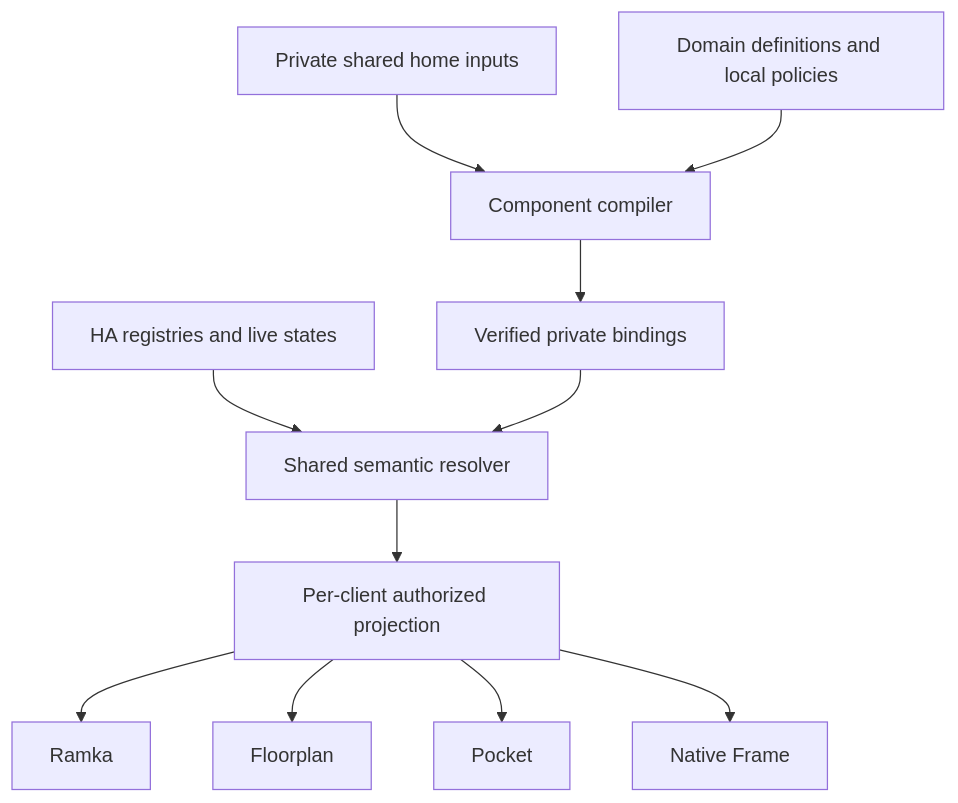
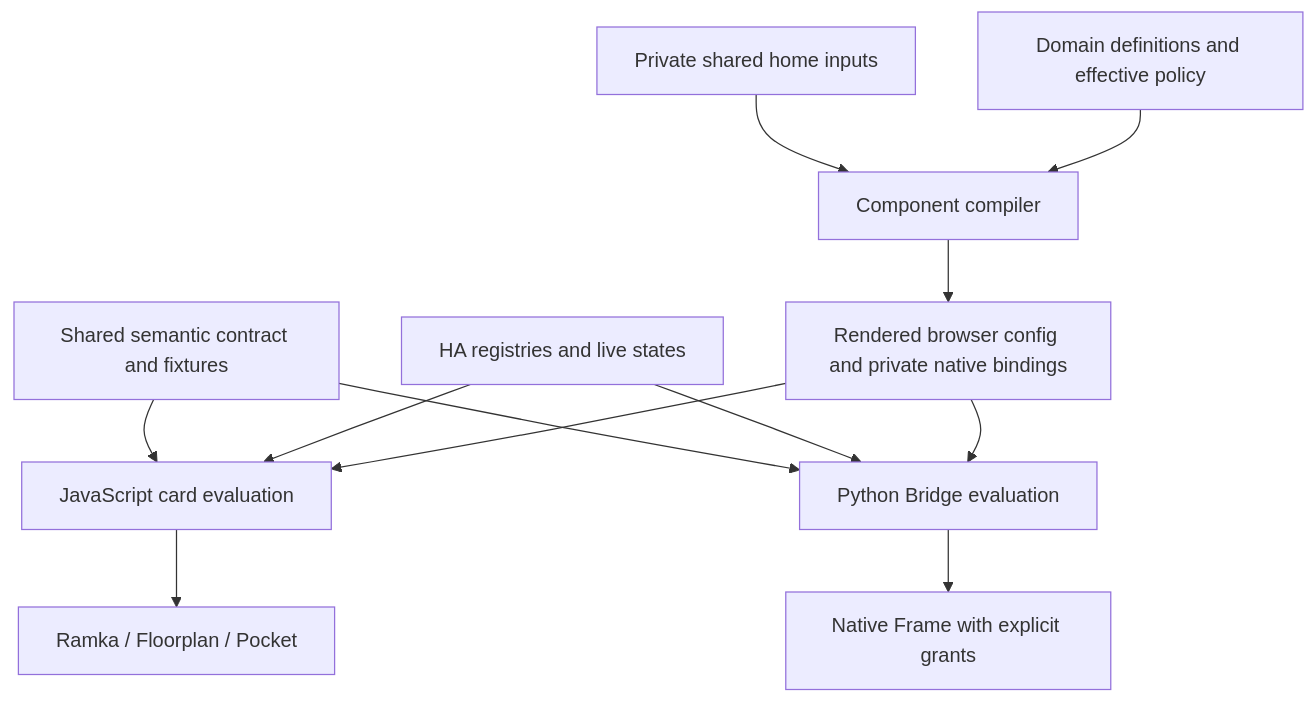
The diagram in docs/superpowers/specs/2026-11-05-shared-home-component-metadata.md (zerostorypoints/domosenso), drawn with Mermaid before and after one commit. The commit also changed other lines of this file and 3 other files, not shown here.

````diff
--- a/docs/superpowers/specs/2026-11-05-shared-home-component-metadata.md
+++ b/docs/superpowers/specs/2026-11-05-shared-home-component-metadata.md
@@ -178,13 +215,14 @@
 ```mermaid
 flowchart TD
     H[Private shared home inputs] --> C[Component compiler]
-    D[Domain definitions and local policies] --> C
-    C --> B[Verified private bindings]
-    R[HA registries and live states] --> S[Shared semantic resolver]
-    B --> S
-    S --> P[Per-client authorized projection]
-    P --> K[Ramka]
-    P --> F[Floorplan]
-    P --> O[Pocket]
-    P --> N[Native Frame]
+    D[Domain definitions and effective policy] --> C
+    C --> B[Rendered browser config and private native bindings]
+    T[Shared semantic contract and fixtures] --> J[JavaScript card evaluation]
+    T --> P[Python Bridge evaluation]
+    R[HA registries and live states] --> J
+    R --> P
+    B --> J
+    B --> P
+    J --> K[Ramka / Floorplan / Pocket]
+    P --> N[Native Frame with explicit grants]
 ```
````
